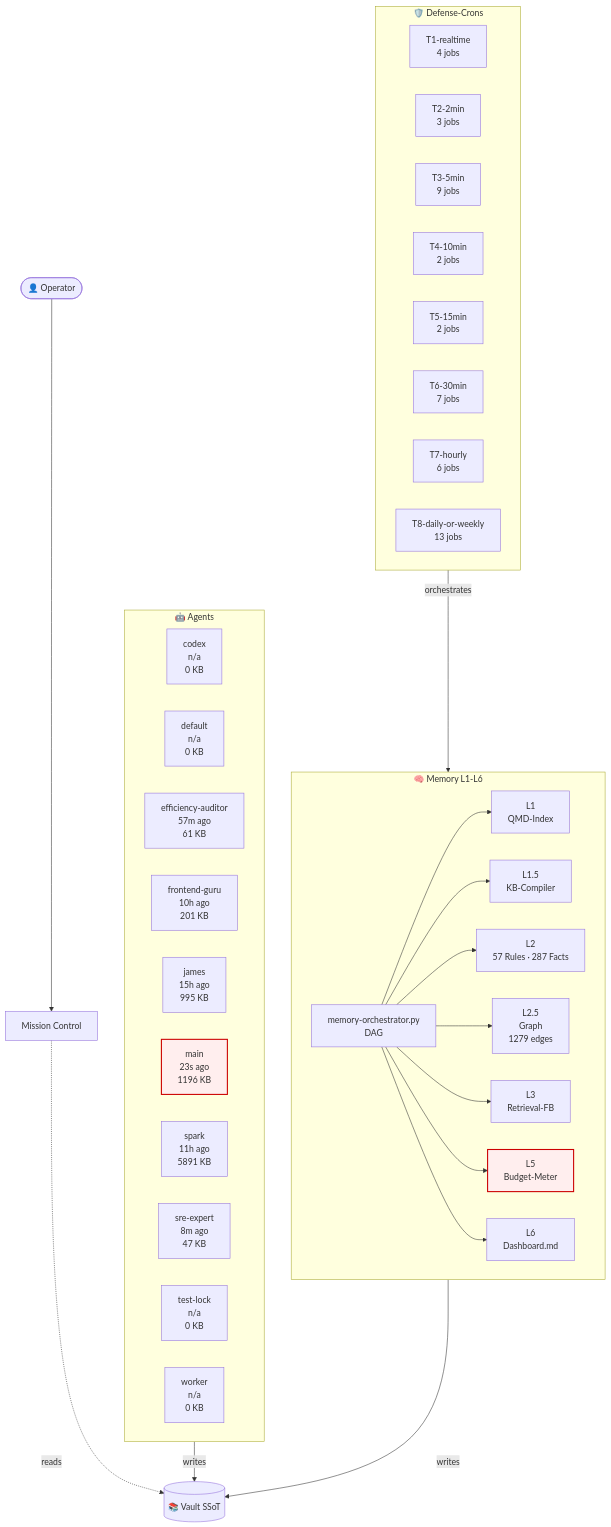
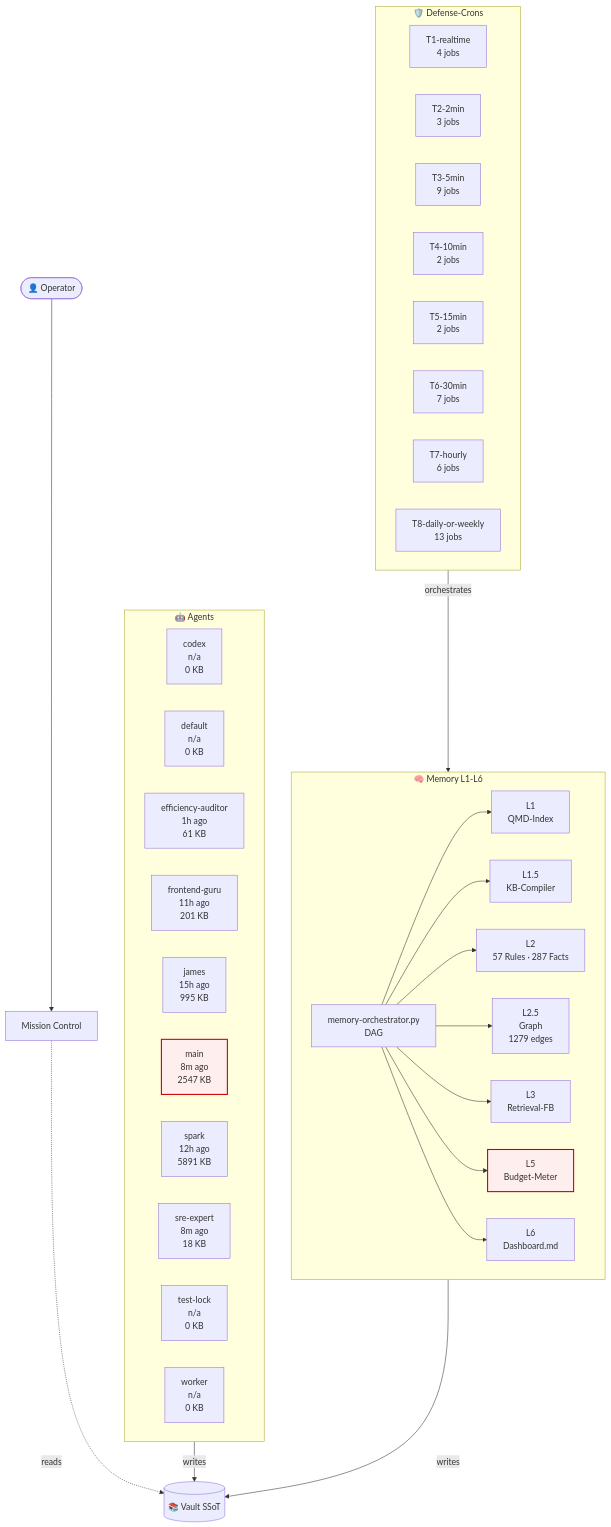
One commit to lenardhuebner88-rgb/openclaw-memory changed the diagram in 03-Agents/architecture-live.md. Above: the diagram before and after it, drawn with Mermaid. The commit also changed other lines of this file and 13 other files, not shown here.

````diff
--- a/03-Agents/architecture-live.md
+++ b/03-Agents/architecture-live.md
@@ -18,53 +18,53 @@
 ```mermaid
 flowchart TB
     classDef critical fill:#fee,stroke:#c00,stroke-width:2px;
     subgraph AGT["🤖 Agents"]
         agent_codex["codex<br/>n/a<br/>0 KB"]
         agent_default["default<br/>n/a<br/>0 KB"]
-        agent_efficiency_auditor["efficiency-auditor<br/>57m ago<br/>61 KB"]
-        agent_frontend_guru["frontend-guru<br/>10h ago<br/>201 KB"]
+        agent_efficiency_auditor["efficiency-auditor<br/>1h ago<br/>61 KB"]
+        agent_frontend_guru["frontend-guru<br/>11h ago<br/>201 KB"]
         agent_james["james<br/>15h ago<br/>995 KB"]
-        agent_main["main<br/>23s ago<br/>1196 KB"]
-        agent_spark["spark<br/>11h ago<br/>5891 KB"]
-        agent_sre_expert["sre-expert<br/>8m ago<br/>47 KB"]
+        agent_main["main<br/>8m ago<br/>2547 KB"]
+        agent_spark["spark<br/>12h ago<br/>5891 KB"]
+        agent_sre_expert["sre-expert<br/>8m ago<br/>18 KB"]
         agent_test_lock["test-lock<br/>n/a<br/>0 KB"]
         agent_worker["worker<br/>n/a<br/>0 KB"]
     end
     subgraph MEM["🧠 Memory L1-L6"]
         L1["L1<br/>QMD-Index"]
         L15["L1.5<br/>KB-Compiler"]
         L2["L2<br/>57 Rules · 287 Facts"]
         L25["L2.5<br/>Graph<br/>1279 edges"]
         L3["L3<br/>Retrieval-FB"]
         L5["L5<br/>Budget-Meter"]
         L6["L6<br/>Dashboard.md"]
         ORCH["memory-orchestrator.py<br/>DAG"]
     end
     subgraph CRN["🛡️ Defense-Crons"]
         tier_T1_realtime["T1-realtime<br/>4 jobs"]
         tier_T2_2min["T2-2min<br/>3 jobs"]
         tier_T3_5min["T3-5min<br/>9 jobs"]
         tier_T4_10min["T4-10min<br/>2 jobs"]
         tier_T5_15min["T5-15min<br/>2 jobs"]
         tier_T6_30min["T6-30min<br/>7 jobs"]
         tier_T7_hourly["T7-hourly<br/>6 jobs"]
         tier_T8_daily_or_weekly["T8-daily-or-weekly<br/>13 jobs"]
     end
     VAULT[("📚 Vault SSoT")]
     OP([👤 Operator])
     MC["Mission Control"]
     OP --> MC
     MC -.reads.-> VAULT
     AGT -->|writes| VAULT
     MEM -->|writes| VAULT
     ORCH --> L1
     ORCH --> L15
     ORCH --> L2
     ORCH --> L25
     ORCH --> L3
     ORCH --> L5
     ORCH --> L6
     CRN -->|orchestrates| MEM
     class L5 critical
     class agent_main critical
 ```
````
